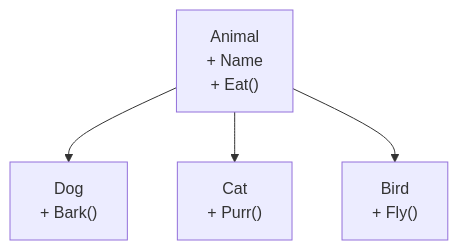
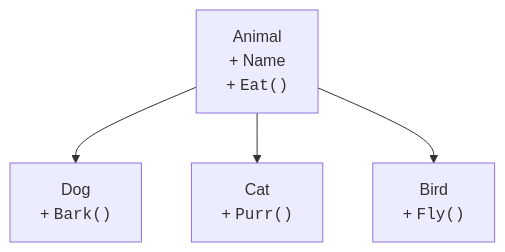
One commit to dataslope/dataslope changed the diagram in content/courses/intro-modern-csharp/inheritance-and-polymorphism.mdx. Above: the diagram before and after it, drawn with Mermaid. The commit also changed 65 other files, not shown here.

First line of the commit message:
Set code in every mermaid label in the mono face

````diff
--- a/content/courses/intro-modern-csharp/inheritance-and-polymorphism.mdx
+++ b/content/courses/intro-modern-csharp/inheritance-and-polymorphism.mdx
@@ -71,7 +71,7 @@
 ```mermaid
 flowchart TD
-    A["Animal<br/>+ Name<br/>+ Eat()"]
-    A --> D["Dog<br/>+ Bark()"]
-    A --> C["Cat<br/>+ Purr()"]
-    A --> B["Bird<br/>+ Fly()"]
+    A["Animal<br/>+ Name<br/>+ <code>Eat()</code>"]
+    A --> D["Dog<br/>+ <code>Bark()</code>"]
+    A --> C["Cat<br/>+ <code>Purr()</code>"]
+    A --> B["Bird<br/>+ <code>Fly()</code>"]
 ```
````
